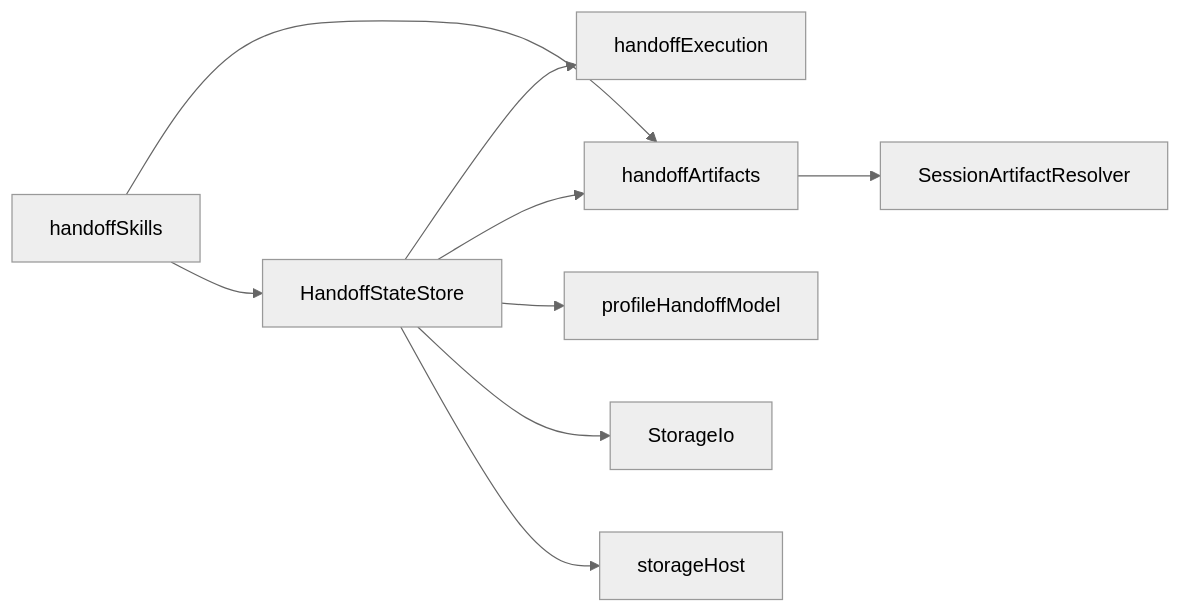
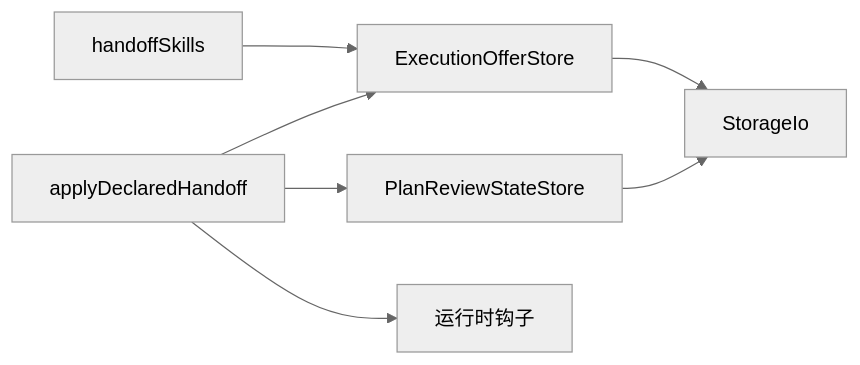
One commit to haolange/RDC-Agent changed the fifth of 5 diagrams in .qoder/repowiki/zh/content/核心模块/会话管理系统/状态转移管理.md. Above: the diagram before and after it, drawn with Mermaid (neutral theme). The commit also changed other lines of this file and 90 other files, not shown here.

````diff
--- a/.qoder/repowiki/zh/content/核心模块/会话管理系统/状态转移管理.md
+++ b/.qoder/repowiki/zh/content/核心模块/会话管理系统/状态转移管理.md
@@ -239,11 +234,9 @@
 ```mermaid
 graph LR
-Store["HandoffStateStore"] --> Exec["handoffExecution"]
-Store --> Art["handoffArtifacts"]
-Store --> Model["profileHandoffModel"]
+App["applyDeclaredHandoff"] --> Store["ExecutionOfferStore"]
+App --> Review["PlanReviewStateStore"]
+App --> Hooks["运行时钩子"]
 Store --> IO["StorageIo"]
-Store --> Host["storageHost"]
-Skills["handoffSkills"] --> Art
-Skills --> Store
-Art --> Resolver["SessionArtifactResolver"]
+Review --> IO
+Skills["handoffSkills"] --> Store
 ```
````
